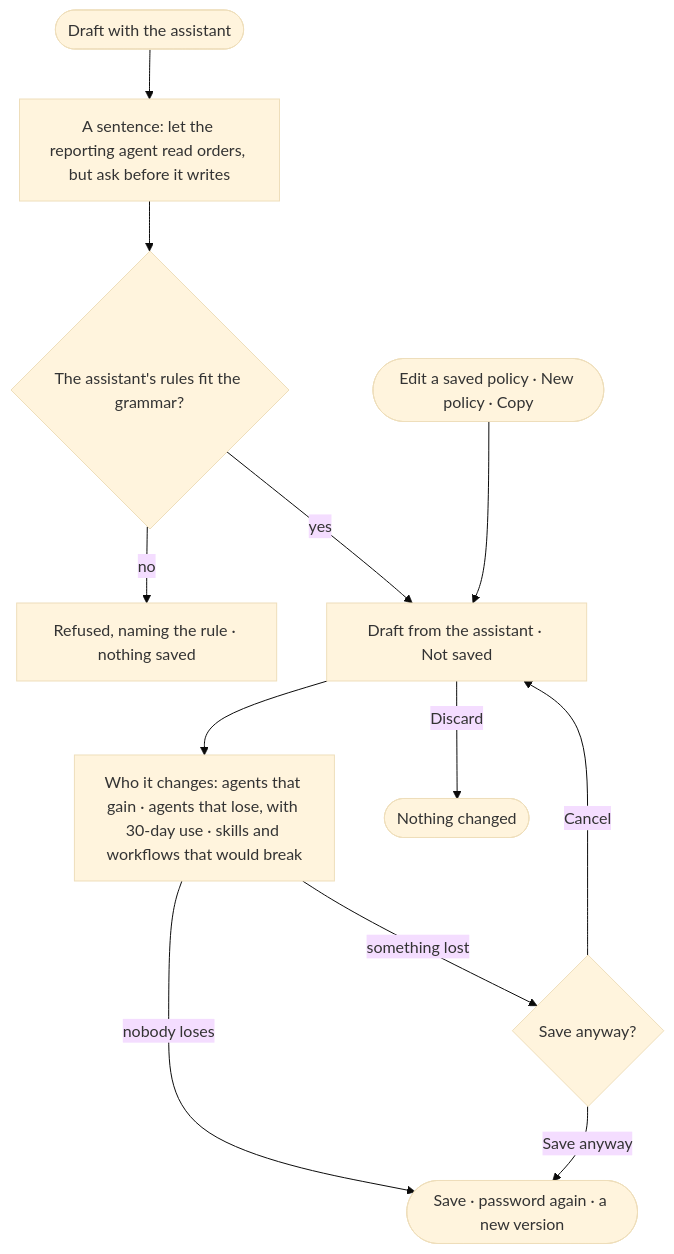
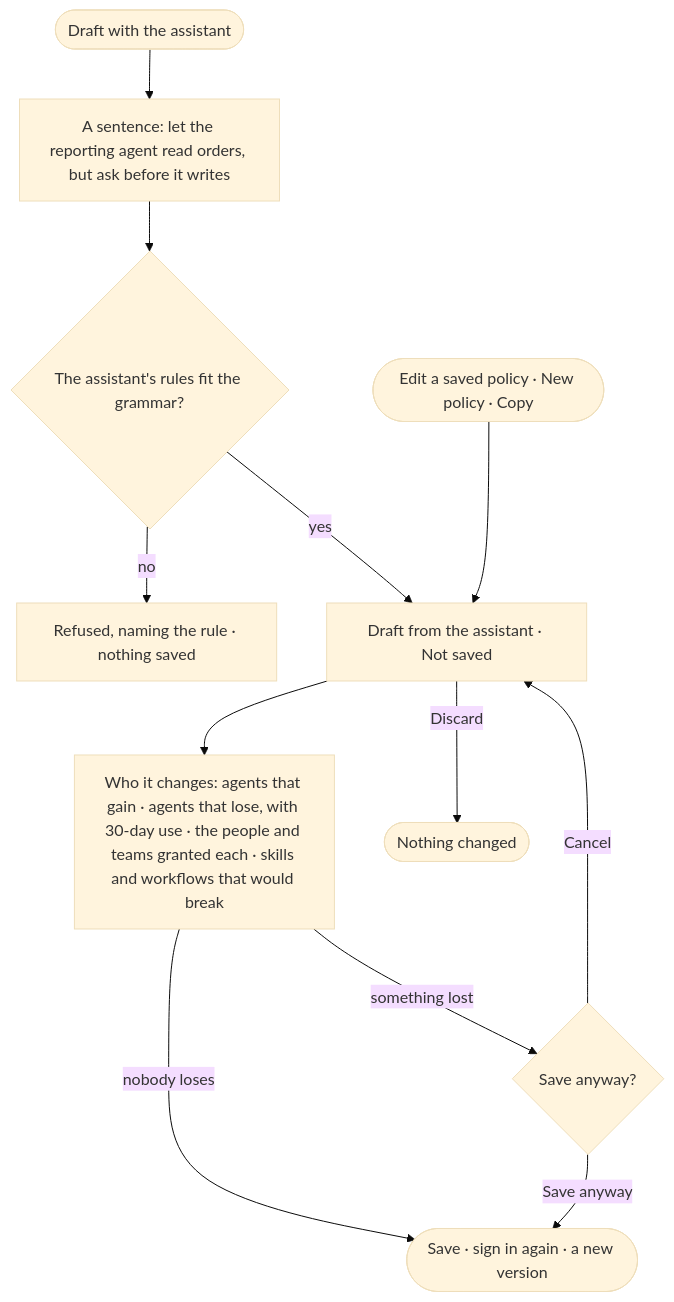
One commit to invana/invana changed the diagram in specs/os/access/features/AC-F02-access-policies/stories/AC-06-draft-a-policy-and-see-who-it-changes/story.md. Above: the diagram before and after it, drawn with Mermaid (base theme). The commit also changed other lines of this file and 300 other files, not shown here.

````diff
--- a/specs/os/access/features/AC-F02-access-policies/stories/AC-06-draft-a-policy-and-see-who-it-changes/story.md
+++ b/specs/os/access/features/AC-F02-access-policies/stories/AC-06-draft-a-policy-and-see-who-it-changes/story.md
@@ -27,14 +27,14 @@
 ```mermaid
 flowchart TD
   s([Draft with the assistant]) --> w["A sentence: let the reporting agent read orders, but ask before it writes"]
   w --> a{"The assistant's rules fit the grammar?"}
   a -->|no| r["Refused, naming the rule · nothing saved"]
   a -->|yes| d["Draft from the assistant · Not saved"]
   e([Edit a saved policy · New policy · Copy]) --> d
-  d --> imp["Who it changes: agents that gain · agents that lose, with 30-day use · skills and workflows that would break"]
-  imp -->|nobody loses| sv(["Save · password again · a new version"])
+  d --> imp["Who it changes: agents that gain · agents that lose, with 30-day use · the people and teams granted each · skills and workflows that would break"]
+  imp -->|nobody loses| sv(["Save · sign in again · a new version"])
   imp -->|something lost| warn{"Save anyway?"}
   warn -->|Save anyway| sv
   warn -->|Cancel| d
   d -->|Discard| x(["Nothing changed"])
 ```
````
